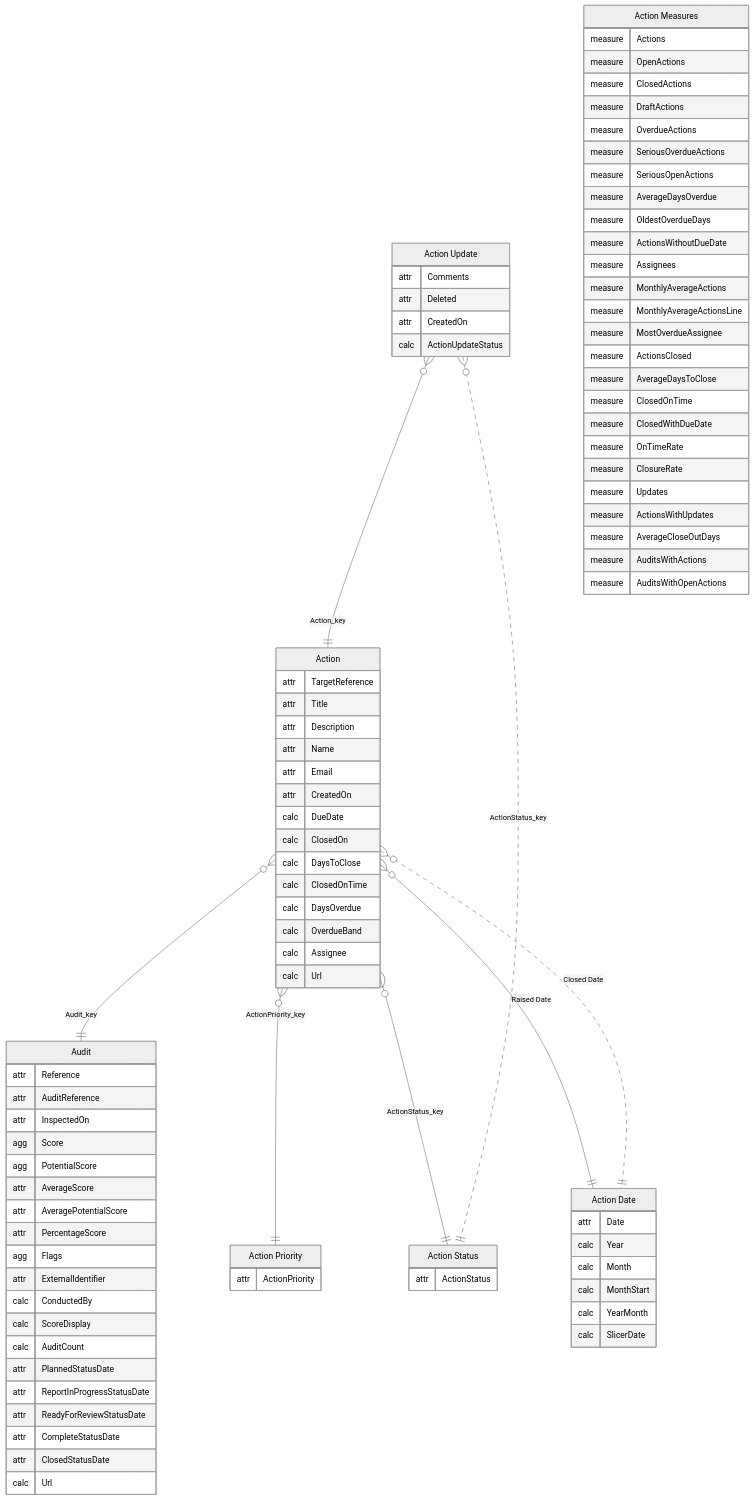
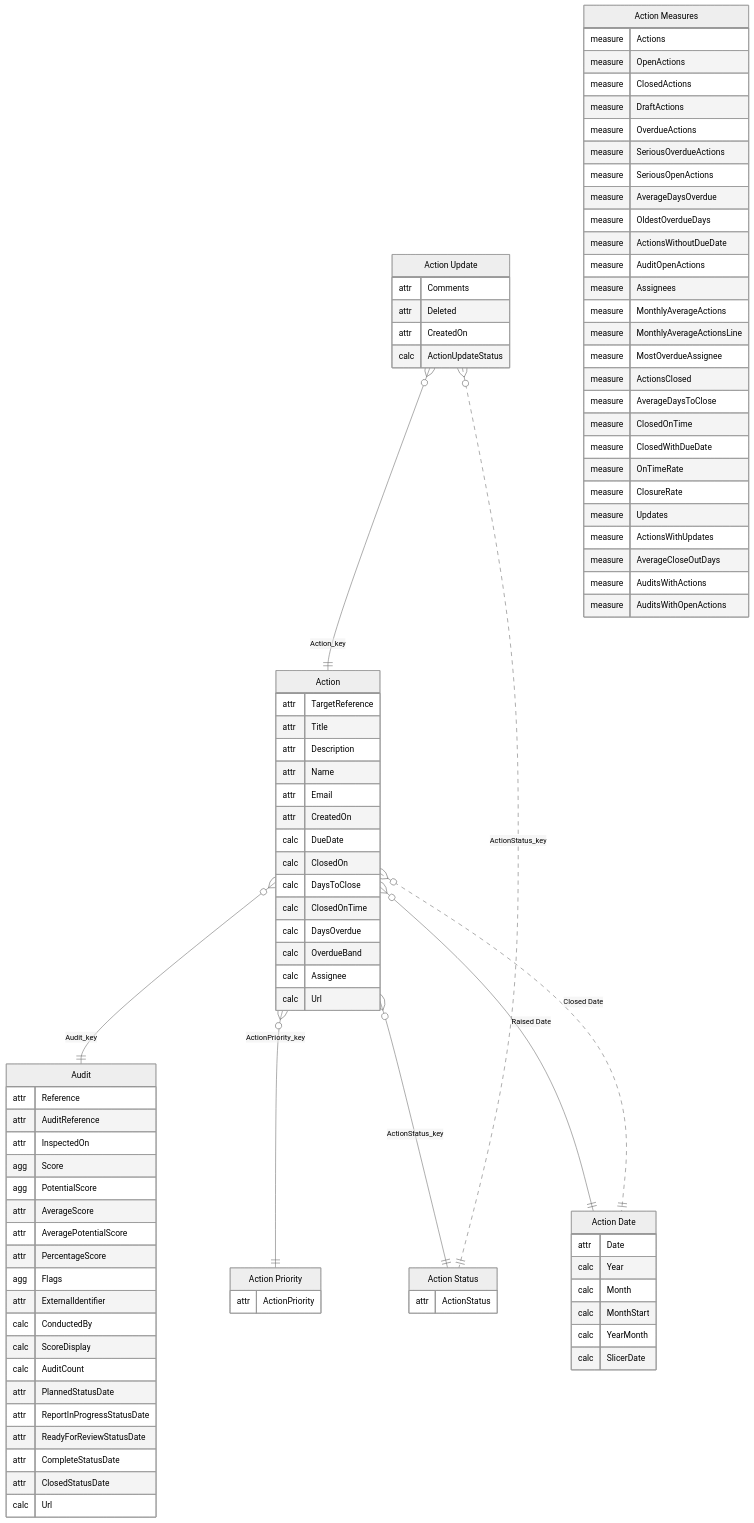
Before and after one commit to work-wallet/BIClient: diagram 11 of 11 in PowerBISamplesModels/Audits.md, drawn with Mermaid. The commit also changed 10 other files, not shown here.

```diff
--- a/PowerBISamplesModels/Audits.md
+++ b/PowerBISamplesModels/Audits.md
@@ -612,6 +612,7 @@
         measure AverageDaysOverdue
         measure OldestOverdueDays
         measure ActionsWithoutDueDate
+        measure AuditOpenActions
         measure Assignees
         measure MonthlyAverageActions
         measure MonthlyAverageActionsLine
```
